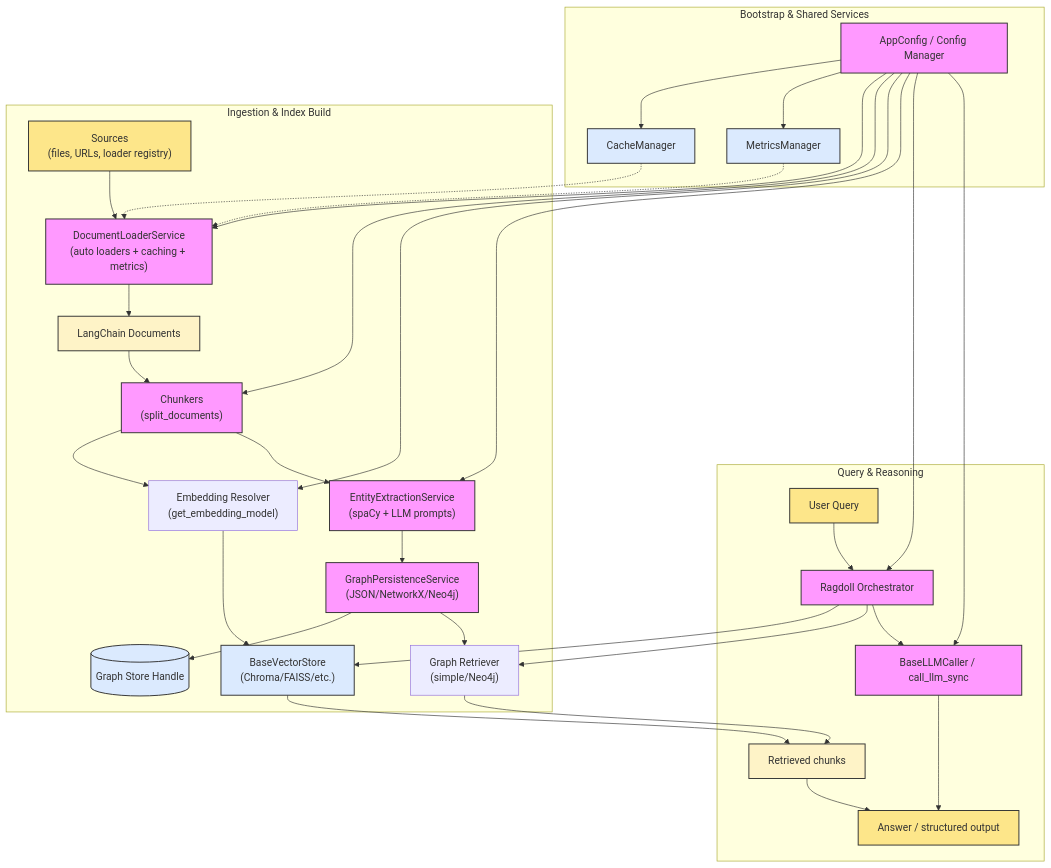
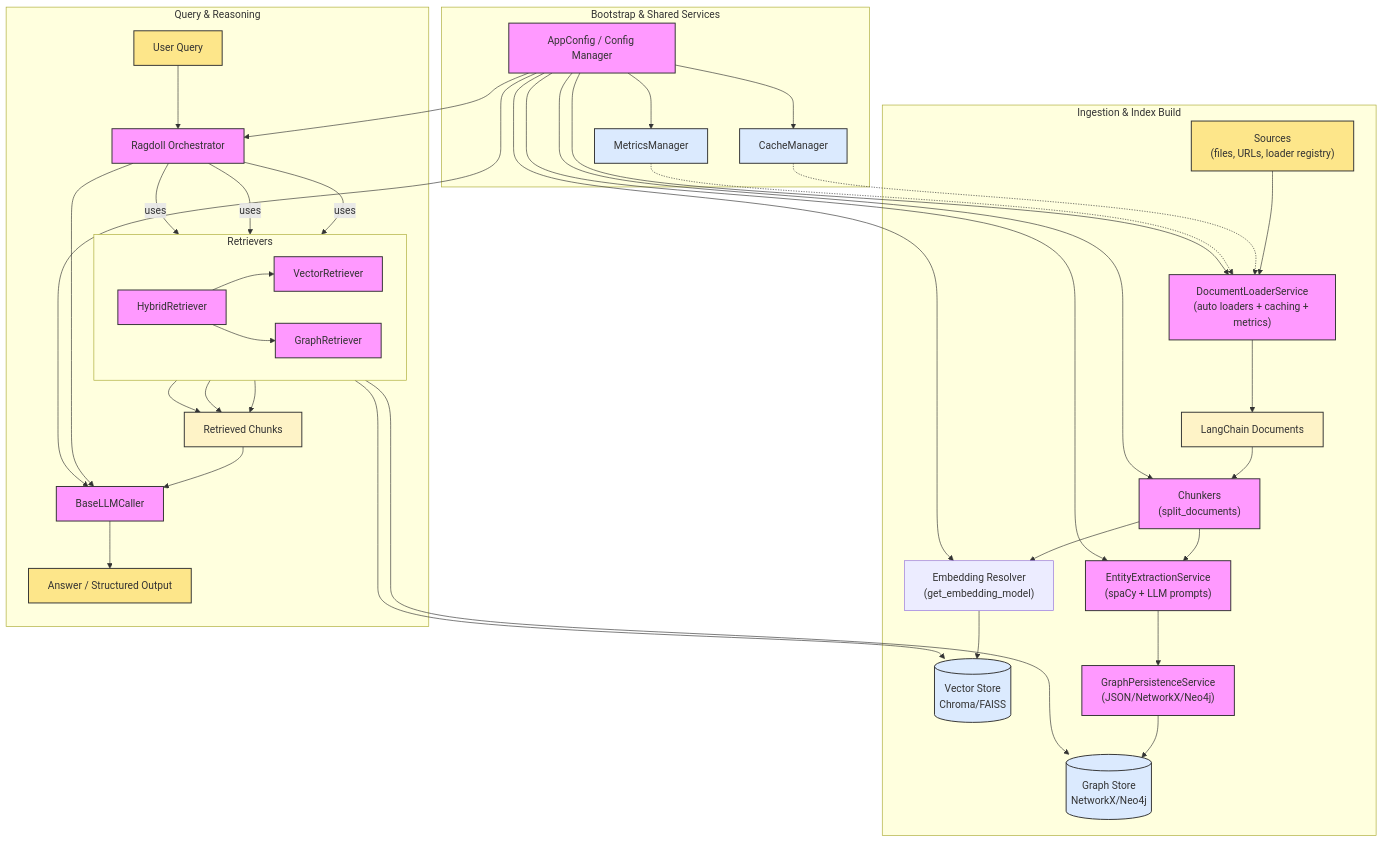
One commit to nsasto/RAGdoll changed the diagram in README.md. Above: the diagram before and after it, drawn with Mermaid. The commit also changed 7 other files, not shown here.

````diff
--- a/README.md
+++ b/README.md
@@ -314,51 +314,67 @@
 ```mermaid
 graph TD
     subgraph Shared_Config["Bootstrap & Shared Services"]
         CFG["AppConfig / Config Manager"]
         CACHE["CacheManager"]
         METRICS["MetricsManager"]
         CFG --> CACHE
         CFG --> METRICS
     end
 
     subgraph Ingestion["Ingestion & Index Build"]
         SRC["Sources<br/>(files, URLs, loader registry)"] --> LOADER["DocumentLoaderService<br/>(auto loaders + caching + metrics)"]
         CACHE -.-> LOADER
         METRICS -.-> LOADER
         CFG --> LOADER
         LOADER --> DOCS["LangChain Documents"]
         DOCS --> CHUNK["Chunkers<br/>(split_documents)"]
         CFG --> CHUNK
         CHUNK --> EMB["Embedding Resolver<br/>(get_embedding_model)"]
         CFG --> EMB
-        EMB --> VSTORE["BaseVectorStore<br/>(Chroma/FAISS/etc.)"]
+        EMB --> VSTORE[("Vector Store<br/>Chroma/FAISS")]
         CHUNK --> ENT["EntityExtractionService<br/>(spaCy + LLM prompts)"]
         CFG --> ENT
         ENT --> GPERSIST["GraphPersistenceService<br/>(JSON/NetworkX/Neo4j)"]
-        GPERSIST --> GRAPHSTORE[("Graph Store Handle")]
-        GPERSIST --> GRETR["Graph Retriever<br/>(simple/Neo4j)"]
+        GPERSIST --> GRAPHSTORE[("Graph Store<br/>NetworkX/Neo4j")]
     end
 
     subgraph Query["Query & Reasoning"]
         USER["User Query"] --> RAG["Ragdoll Orchestrator"]
         CFG --> RAG
-        RAG --> VSTORE
-        RAG --> GRETR
-        VSTORE --> CONTEXT["Retrieved chunks"]
-        GRETR --> CONTEXT
-        RAG --> LLM["BaseLLMCaller / call_llm_sync"]
+
+        subgraph Retrievers
+            direction LR
+            VR["VectorRetriever"]
+            GR["GraphRetriever"]
+            HR["HybridRetriever"]
+        end
+
+        RAG -- "uses" --> VR
+        RAG -- "uses" --> GR
+        RAG -- "uses" --> HR
+
+        VR --> VSTORE
+        GR --> GRAPHSTORE
+        HR --> VR
+        HR --> GR
+
+        VR --> CONTEXT["Retrieved Chunks"]
+        GR --> CONTEXT
+        HR --> CONTEXT
+
+        CONTEXT --> LLM["BaseLLMCaller"]
+        RAG --> LLM
         CFG --> LLM
-        LLM --> ANSWER["Answer / structured output"]
-        CONTEXT --> ANSWER
+        LLM --> ANSWER["Answer / Structured Output"]
     end
 
     classDef service fill:#f9f,stroke:#333,stroke-width:1.5px;
     classDef storage fill:#dbeafe,stroke:#333,stroke-width:1.5px;
     classDef data fill:#fef3c7,stroke:#333,stroke-width:1.5px;
     classDef io fill:#fde68a,stroke:#333,stroke-width:1.5px;
 
-    class CFG,LOADER,CHUNK,ENT,GPERSIST,RAG,LLM service;
+    class CFG,LOADER,CHUNK,ENT,GPERSIST,RAG,LLM,VR,GR,HR service;
     class CACHE,METRICS,GRAPHSTORE,VSTORE storage;
     class DOCS,CONTEXT data;
     class SRC,USER,ANSWER io;
 ```
````
